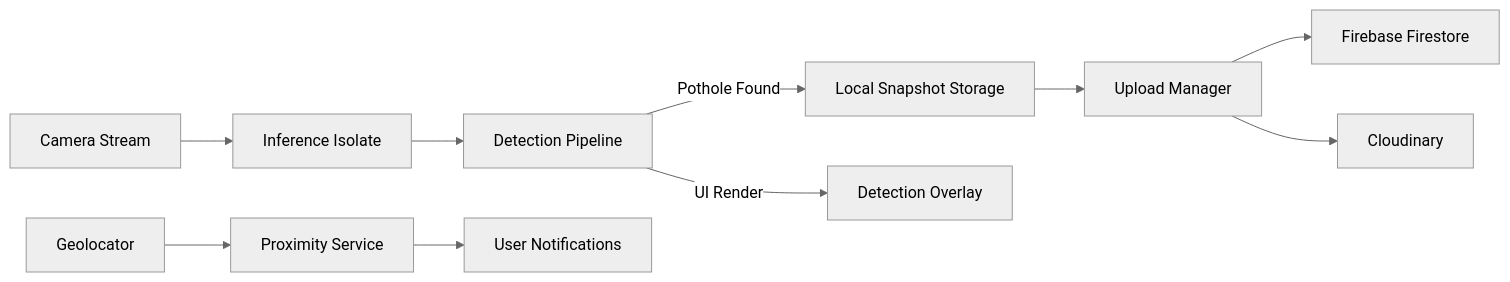
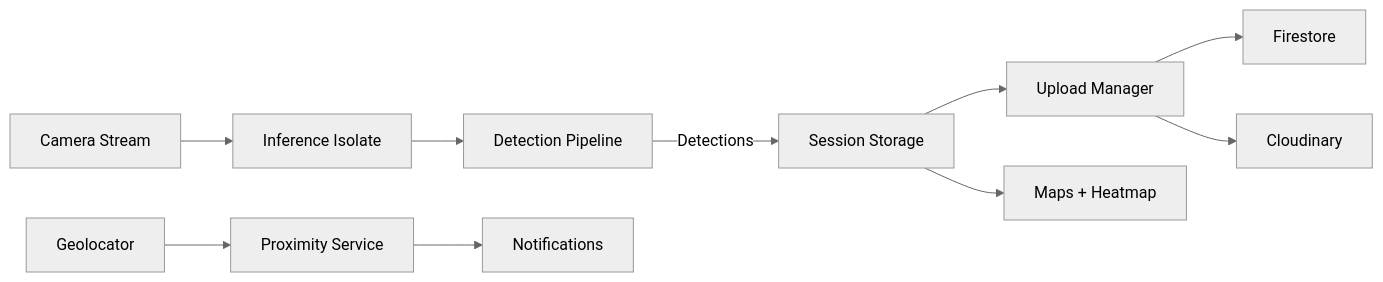
Before and after one commit to ean28/streetscan-mobile: the diagram in README.md, drawn with Mermaid (neutral theme). The commit also changed other lines of this file and 13 other files, not shown here.

````diff
--- a/README.md
+++ b/README.md
@@ -44,16 +35,12 @@
 ```mermaid
 graph LR
-    A[Camera Stream] --> B[Inference Isolate]
-    B --> C[Detection Pipeline]
-
-    C -->|Pothole Found| D[Local Snapshot Storage]
-    C -->|UI Render| E[Detection Overlay]
-
-    D --> F[Upload Manager]
-    F --> G[Firebase Firestore]
-    F --> H[Cloudinary]
-
-    I[Geolocator] --> J[Proximity Service]
-    J --> K[User Notifications]
-
+  A[Camera Stream] --> B[Inference Isolate]
+  B --> C[Detection Pipeline]
+  C -->|Detections| D[Session Storage]
+  D --> E[Upload Manager]
+  E --> F[Firestore]
+  E --> G[Cloudinary]
+  H[Geolocator] --> I[Proximity Service]
+  I --> J[Notifications]
+  D --> K[Maps + Heatmap]
 ```
````
